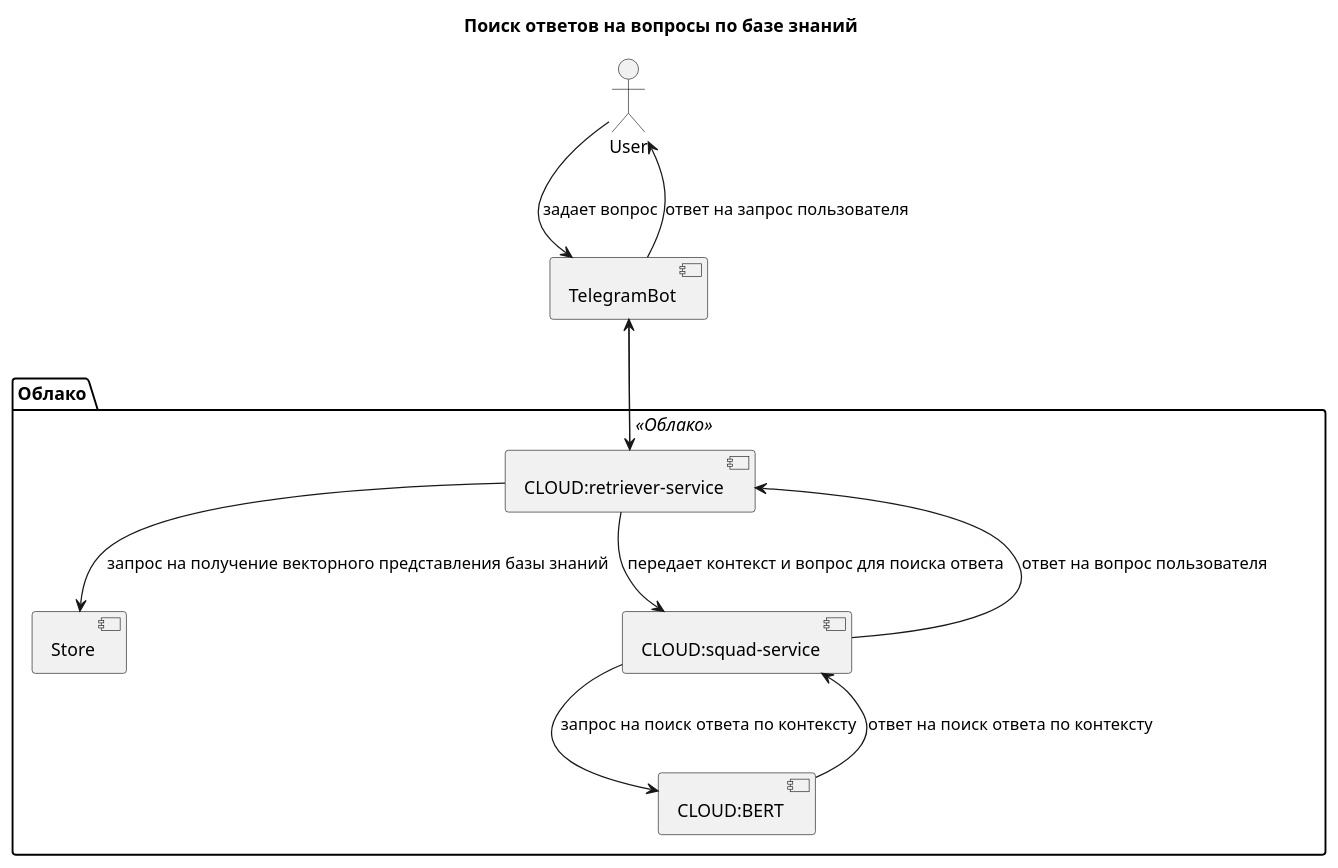
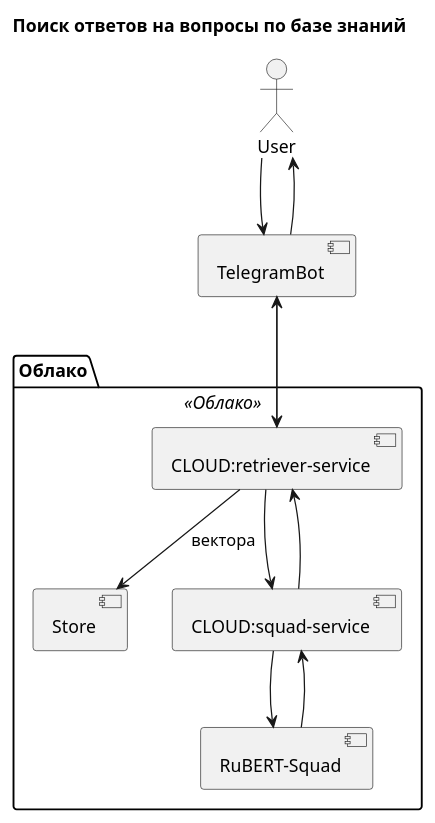
One commit to avetall87/otus-nlp-diplom changed the diagram in arch-diagram.wsd. Above: the diagram before and after it, drawn with PlantUML.

Commit message:
update diagram

```diff
--- a/arch-diagram.wsd
+++ b/arch-diagram.wsd
@@ -1,19 +1,19 @@
 @startuml
 
 title Поиск ответов на вопросы по базе знаний
 
 actor User
-User --> [TelegramBot] : задает вопрос
+User --> [TelegramBot]
 
 package "Облако" <<Облако>> {
   [TelegramBot] --> [CLOUD:retriever-service]
-  [CLOUD:retriever-service] --> [Store] : запрос на получение векторного представления базы знаний
-  [CLOUD:retriever-service] --> [CLOUD:squad-service] : передает контекст и вопрос для поиска ответа
-  [CLOUD:squad-service] --> [CLOUD:BERT] : запрос на поиск ответа по контексту
-  [CLOUD:BERT] --> [CLOUD:squad-service] : ответ на поиск ответа по контексту
-  [CLOUD:squad-service] --> [CLOUD:retriever-service] : ответ на вопрос пользователя
+  [CLOUD:retriever-service] --> [Store] : вектора
+  [CLOUD:retriever-service] --> [CLOUD:squad-service]
+  [CLOUD:squad-service] --> [RuBERT-Squad]
+  [RuBERT-Squad] --> [CLOUD:squad-service]
+  [CLOUD:squad-service] --> [CLOUD:retriever-service]
   [CLOUD:retriever-service] --> [TelegramBot] 
-  [TelegramBot] --> User  : ответ на запрос пользователя
 }
 
+[TelegramBot] --> User
 @enduml
```
